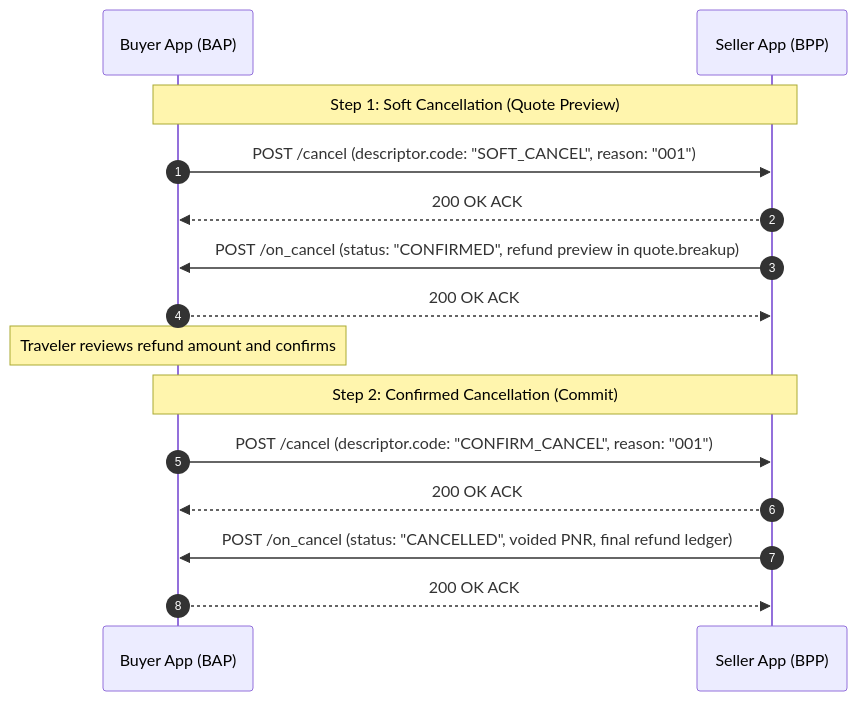
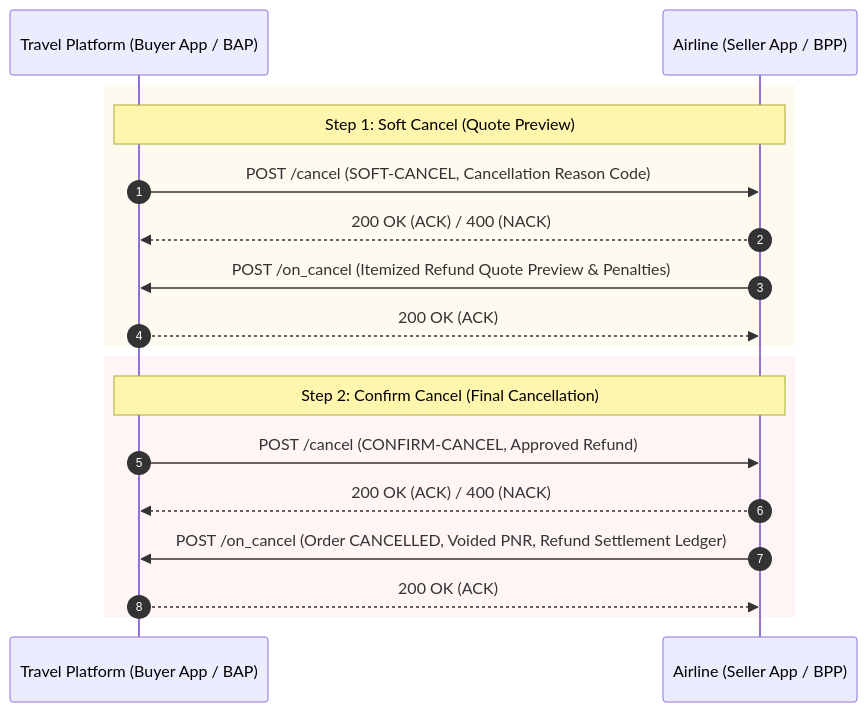
Before and after one commit to ONDC-Official/automation-specifications: the fourth of 5 diagrams in config/docs/airline.md, drawn with Mermaid. The commit also changed other lines of this file, not shown here.

Commit message:
fix: airline md file

````diff
--- a/config/docs/airline.md
+++ b/config/docs/airline.md
@@ -557,19 +355,22 @@
 ```mermaid
 sequenceDiagram
     autonumber
-    participant BAP as Buyer App (BAP)
-    participant BPP as Seller App (BPP)
-    
-    Note over BAP,BPP: Step 1: Soft Cancellation (Quote Preview)
-    BAP->>BPP: POST /cancel (descriptor.code: "SOFT_CANCEL", reason: "001")
-    BPP-->>BAP: 200 OK ACK
-    BPP->>BAP: POST /on_cancel (status: "CONFIRMED", refund preview in quote.breakup)
-    BAP-->>BPP: 200 OK ACK
-    Note over BAP: Traveler reviews refund amount and confirms
+    participant BAP as Travel Platform (Buyer App / BAP)
+    participant BPP as Airline (Seller App / BPP)
 
-    Note over BAP,BPP: Step 2: Confirmed Cancellation (Commit)
-    BAP->>BPP: POST /cancel (descriptor.code: "CONFIRM_CANCEL", reason: "001")
-    BPP-->>BAP: 200 OK ACK
-    BPP->>BAP: POST /on_cancel (status: "CANCELLED", voided PNR, final refund ledger)
-    BAP-->>BPP: 200 OK ACK
+    rect rgb(255, 250, 240)
+    Note over BAP,BPP: Step 1: Soft Cancel (Quote Preview)
+    BAP->>BPP: POST /cancel (SOFT-CANCEL, Cancellation Reason Code)
+    BPP-->>BAP: 200 OK (ACK) / 400 (NACK)
+    BPP->>BAP: POST /on_cancel (Itemized Refund Quote Preview & Penalties)
+    BAP-->>BPP: 200 OK (ACK)
+    end
+
+    rect rgb(255, 245, 245)
+    Note over BAP,BPP: Step 2: Confirm Cancel (Final Cancellation)
+    BAP->>BPP: POST /cancel (CONFIRM-CANCEL, Approved Refund)
+    BPP-->>BAP: 200 OK (ACK) / 400 (NACK)
+    BPP->>BAP: POST /on_cancel (Order CANCELLED, Voided PNR, Refund Settlement Ledger)
+    BAP-->>BPP: 200 OK (ACK)
+    end
 ```
````
